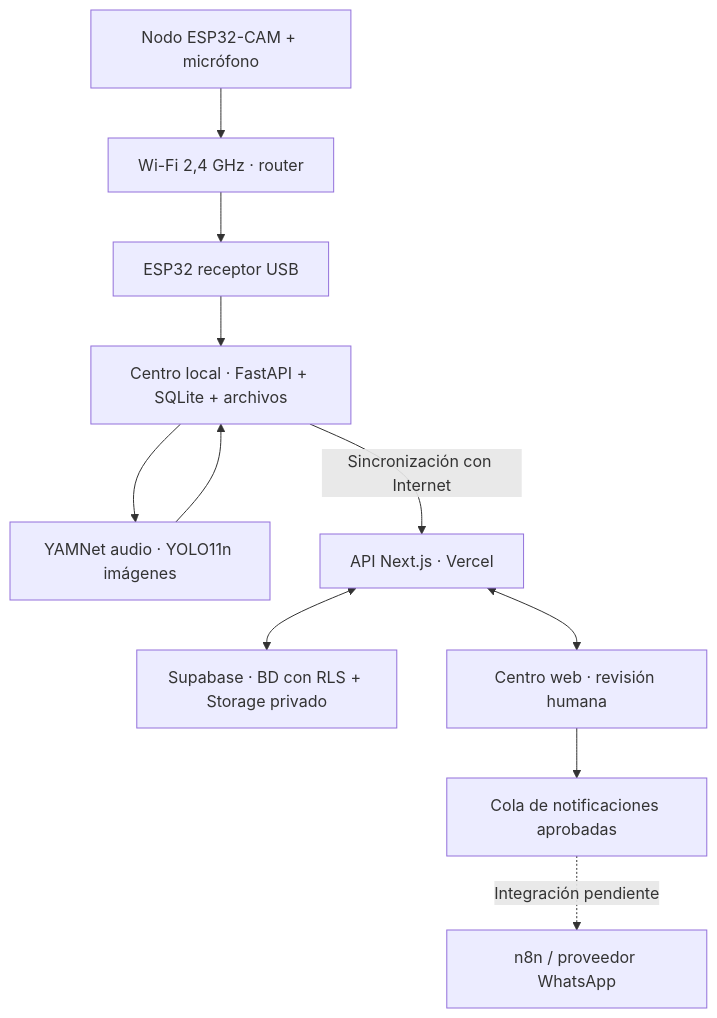
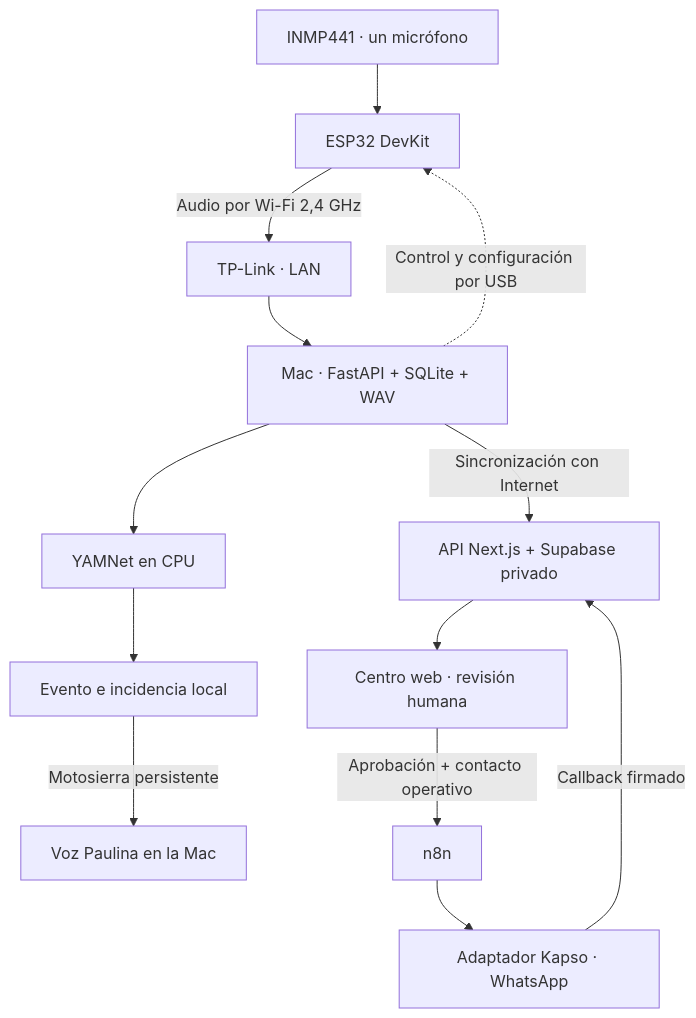
One commit to asther0/gatitos-fbi--bosque-escucha changed the diagram in README.md. Above: the diagram before and after it, drawn with Mermaid. The commit also changed other lines of this file and 48 other files, not shown here.

Commit message:
Enable live ESP32 microphone demo and Kapso command center

````diff
--- a/README.md
+++ b/README.md
@@ -97,13 +103,15 @@
 ```mermaid
 flowchart TD
-    N["Nodo ESP32-CAM + micrófono"] --> W["Wi-Fi 2,4 GHz · router"]
-    W --> R["ESP32 receptor USB"]
-    R --> L["Centro local · FastAPI + SQLite + archivos"]
-    L --> IA["YAMNet audio · YOLO11n imágenes"]
-    IA --> L
-    L -->|Sincronización con Internet| C["API Next.js · Vercel"]
-    C <--> S["Supabase · BD con RLS + Storage privado"]
-    C <--> UI["Centro web · revisión humana"]
-    UI --> Q["Cola de notificaciones aprobadas"]
-    Q -. Integración pendiente .-> P["n8n / proveedor WhatsApp"]
+    M["INMP441 · un micrófono"] --> E["ESP32 DevKit"]
+    E -->|"Audio por Wi-Fi 2,4 GHz"| T["TP-Link · LAN"]
+    T --> L["Mac · FastAPI + SQLite + WAV"]
+    L -. "Control y configuración por USB" .-> E
+    L --> A["YAMNet en CPU"]
+    A --> I["Evento e incidencia local"]
+    I -->|"Motosierra persistente"| V["Voz Paulina en la Mac"]
+    L -->|"Sincronización con Internet"| C["API Next.js + Supabase privado"]
+    C --> U["Centro web · revisión humana"]
+    U -->|"Aprobación + contacto operativo"| N["n8n"]
+    N --> K["Adaptador Kapso · WhatsApp"]
+    K -->|"Callback firmado"| C
 ```
````
